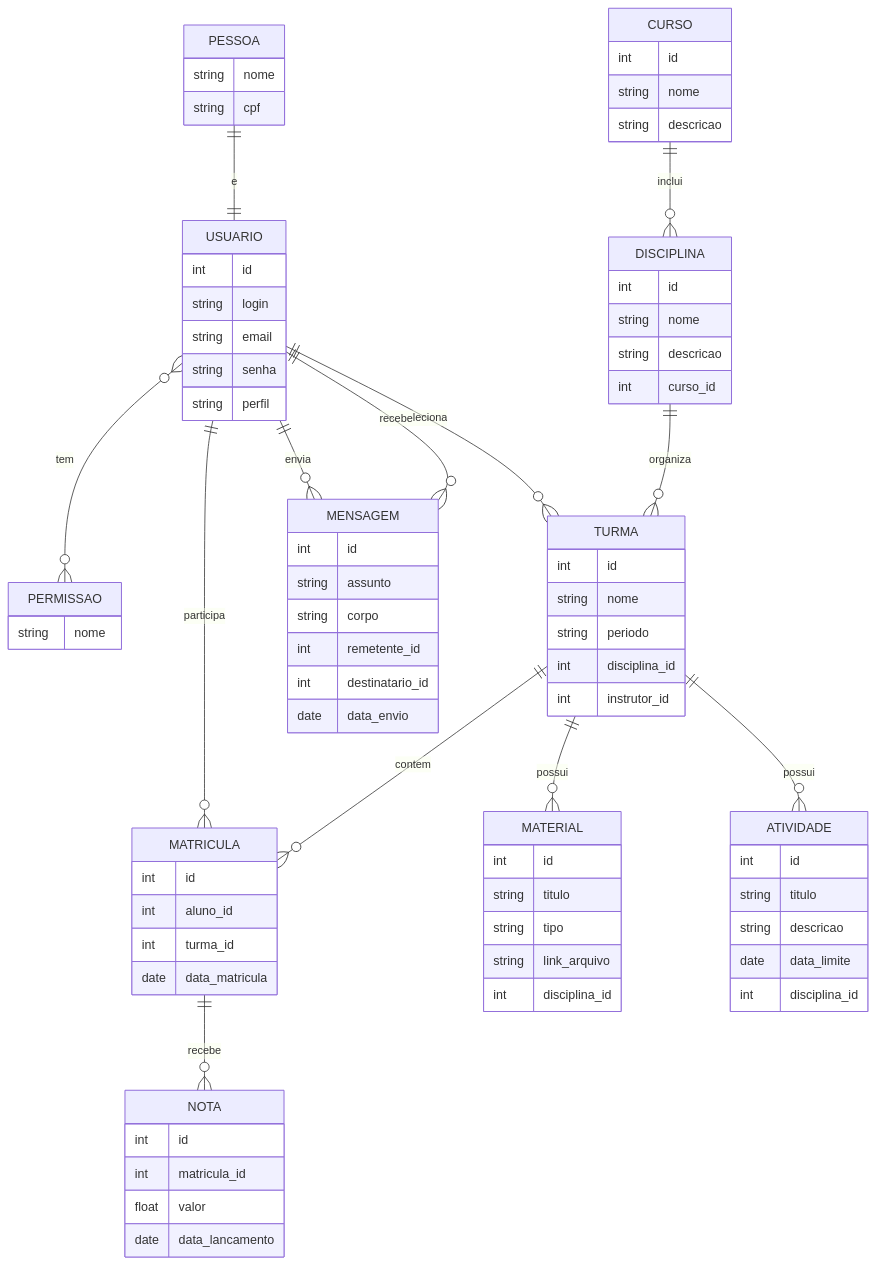
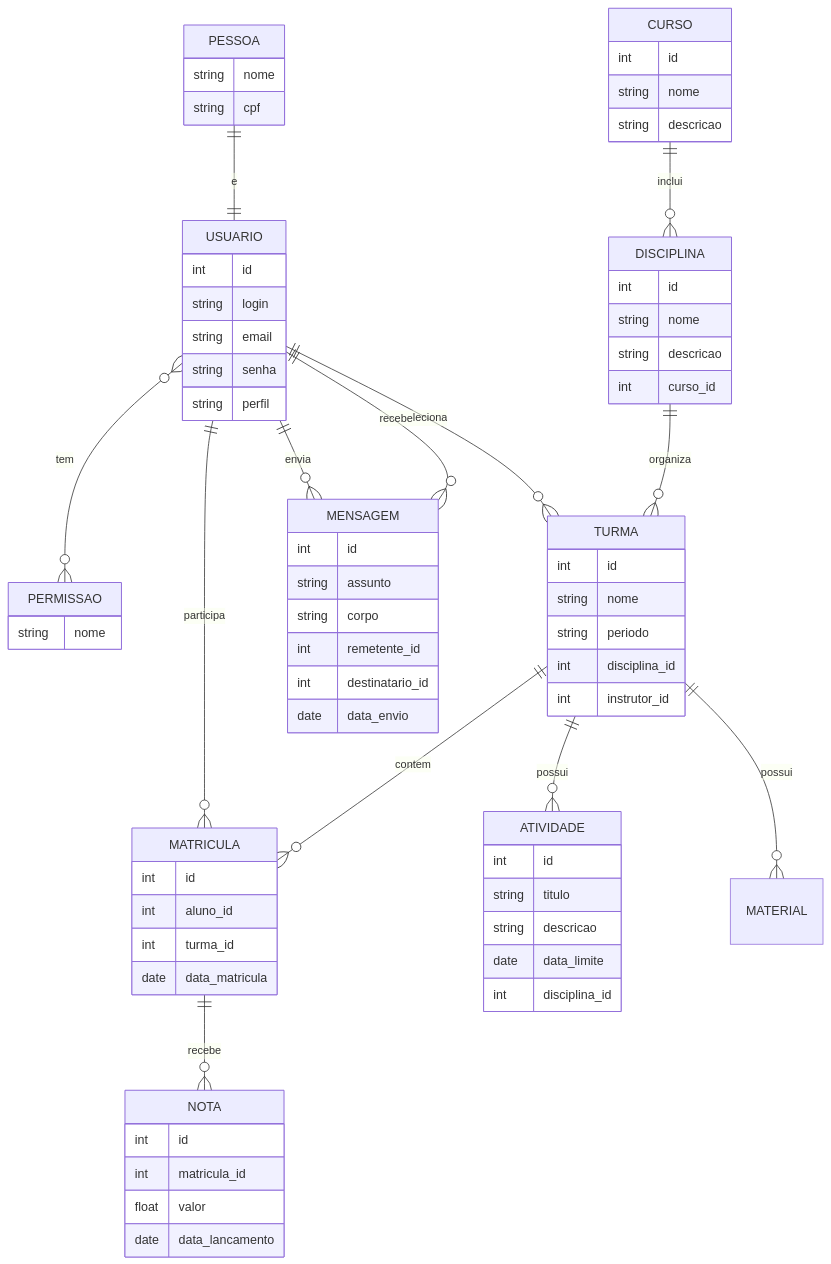
The diagram in docs/der.md (santanasara/school-management-app), drawn with Mermaid before and after one commit.

Commit message:
Update der.md (#39)

```diff
--- a/docs/der.md
+++ b/docs/der.md
@@ -46,14 +46,6 @@
     date data_matricula
   }
 
-  MATERIAL {
-    int id
-    string titulo
-    string tipo
-    string link_arquivo
-    int disciplina_id
-  }
-
   NOTA {
     int id
     int matricula_id
```
